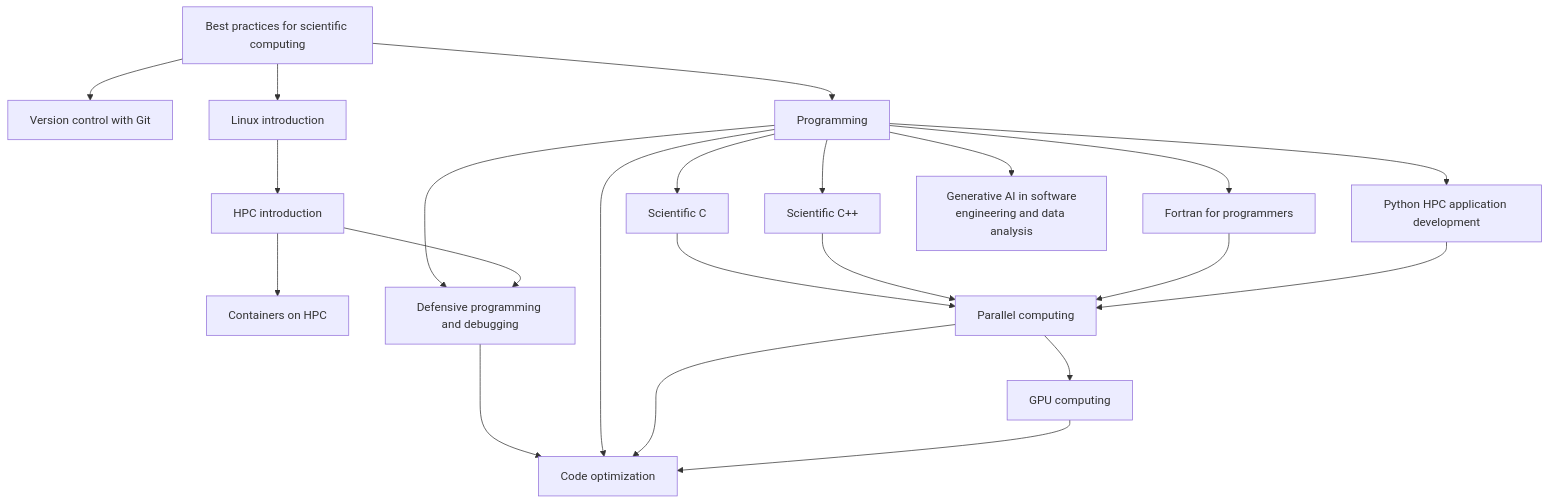
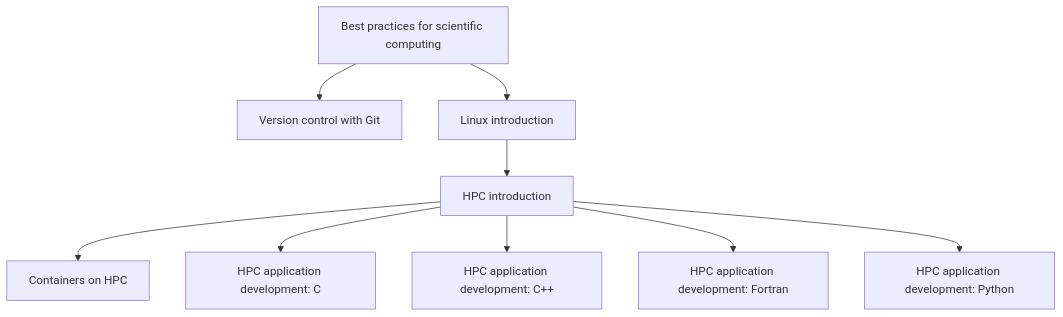
The diagram in docs/learning_path_hpc_application_development.md (gjbex/Training-sessions), drawn with Mermaid before and after one commit. The commit also changed other lines of this file and 6 other files, not shown here.

Commit message:
Improve learning path modularity

````diff
--- a/docs/learning_path_hpc_application_development.md
+++ b/docs/learning_path_hpc_application_development.md
@@ -7,39 +6,20 @@
 ```mermaid
 graph TD
   Best_practices_for_scientific_computing[Best practices for scientific computing] --> Version_control_with_git[Version control with Git]
-  Best_practices_for_scientific_computing[Best practices for scientific computing] --> Linux_intro[Linux introduction]
+  Best_practices_for_scientific_computing --> Linux_intro[Linux introduction]
   Linux_intro --> HPC_intro[HPC introduction]
   HPC_intro --> Containers_on_HPC[Containers on HPC]
-  Best_practices_for_scientific_computing --> Programming[Programming]
-  Programming --> Scientific_C[Scientific C]
-  Programming --> Scientific_Cpp[Scientific C++]
-  Programming --> Fortran_for_programmers[Fortran for programmers]
-  Programming --> Python_for_HPC_applications[Python HPC application development]
-  Programming --> Defensive_programming_and_debugging[Defensive programming and debugging]
-  Defensive_programming_and_debugging --> Code_optimization[Code optimization]
-  Programming --> Code_optimization
-  Programming --> Generative_ai_for_software_engineering_and_data_analysis[Generative AI in software\nengineering and data analysis]
-  HPC_intro --> Defensive_programming_and_debugging
-  Scientific_C --> Parallel_computing[Parallel computing]
-  Scientific_Cpp --> Parallel_computing
-  Fortran_for_programmers --> Parallel_computing
-  Python_for_HPC_applications --> Parallel_computing
-  Parallel_computing --> GPU_computing[GPU computing]
-  Parallel_computing --> Code_optimization
-  GPU_computing --> Code_optimization
+  HPC_intro --> C_path[HPC application development: C]
+  HPC_intro --> Cpp_path[HPC application development: C++]
+  HPC_intro --> Fortran_path[HPC application development: Fortran]
+  HPC_intro --> Python_path[HPC application development: Python]
   click Best_practices_for_scientific_computing "https://gjbex.github.io/Best-practices-for-scientific-computing/" "Best practices for scientific computing"
   click Version_control_with_git "https://gjbex.github.io/Version-control-with-git" "Version control with Git"
   click Linux_intro "https://gjbex.github.io/Training-sessions/linux_intro" "Linux introduction"
   click HPC_intro "https://gjbex.github.io/Training-sessions/hpc_intro" "HPC introduction"
   click Containers_on_HPC "https://gjbex.github.io/Containers-for-HPC/" "Containers on HPC"
-  click Generative_ai_for_software_engineering_and_data_analysis "https://gjbex.github.io/Training-sessions/generative_ai_for_software_engineering_and_data_analysis" "Generative AI in software\nengineering and data analysis"
-  click Programming "https://gjbex.github.io/Training-sessions/programming" "Programming"
-  click Scientific_C "https://gjbex.github.io/Scientific-C/" "Scientific C"
-  click Scientific_Cpp "https://gjbex.github.io/Scientific-C-plus-plus/" "Scientific C++"
-  click Fortran_for_programmers "https://gjbex.github.io/Fortran-for-programmers/" "Fortran for programmers"
-  click Python_for_HPC_applications "https://gjbex.github.io/Training-sessions/learning_path_developing_python_hpc_applications" "Python HPC application development"
-  click Defensive_programming_and_debugging "https://gjbex.github.io/Defensive-programming-and-debugging/" "Defensive programming and debugging"
-  click Code_optimization "https://gjbex.github.io/Code-optimization/" "Code optimization"
-  click Parallel_computing "https://gjbex.github.io/Training-sessions/parallel_computing" "Parallel computing"
-  click GPU_computing "https://gjbex.github.io/Training-sessions/gpu_computing" "GPU computing"
+  click C_path "https://gjbex.github.io/Training-sessions/learning_path_hpc_application_development_c" "HPC application development: C"
+  click Cpp_path "https://gjbex.github.io/Training-sessions/learning_path_hpc_application_development_cpp" "HPC application development: C++"
+  click Fortran_path "https://gjbex.github.io/Training-sessions/learning_path_hpc_application_development_fortran" "HPC application development: Fortran"
+  click Python_path "https://gjbex.github.io/Training-sessions/learning_path_hpc_application_development_python" "HPC application development: Python"
 ```
````
